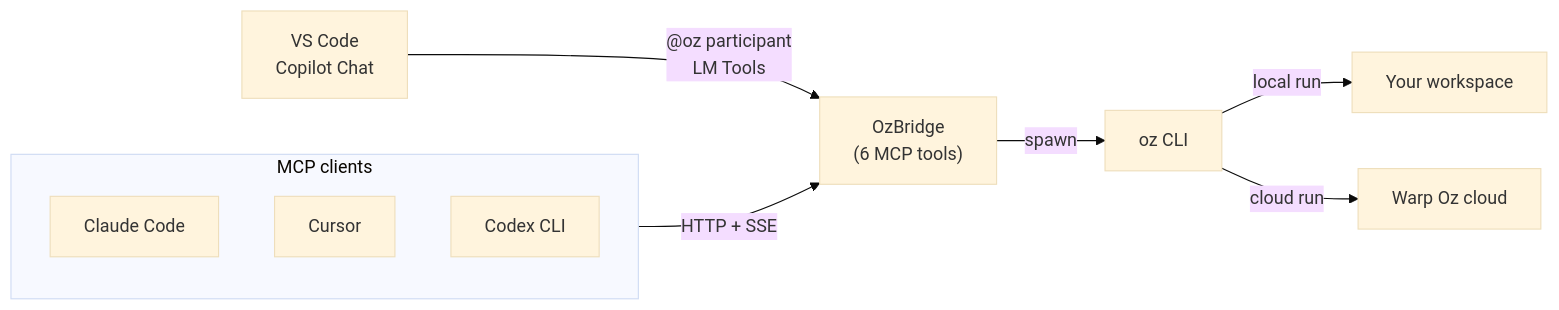
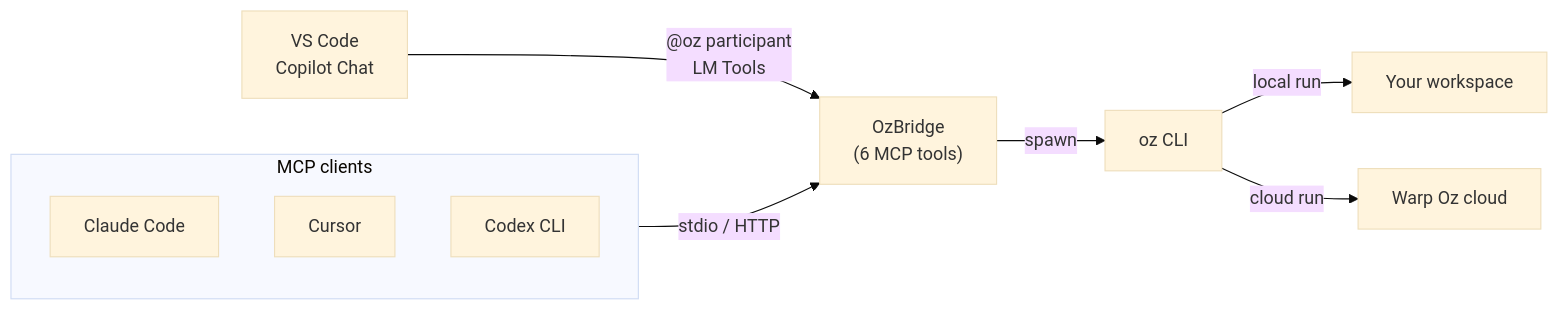
One commit to sena-labs/OzBridge changed the diagram in README.md. Above: the diagram before and after it, drawn with Mermaid (base theme). The commit also changed other lines of this file and 33 other files, not shown here.

````diff
--- a/README.md
+++ b/README.md
@@ -26,16 +26,16 @@
 ```mermaid
 flowchart LR
     subgraph clients["MCP clients"]
         CC["Claude Code"]
         CU["Cursor"]
         CX["Codex CLI"]
     end
     VSC["VS Code<br/>Copilot Chat"]
 
-    clients -->|"HTTP + SSE"| BR
+    clients -->|"stdio / HTTP"| BR
     VSC -->|"@oz participant<br/>LM Tools"| BR
 
     BR["OzBridge<br/>(6 MCP tools)"] -->|"spawn"| CLI["oz CLI"]
     CLI -->|"local run"| WS["Your workspace"]
     CLI -->|"cloud run"| CLOUD["Warp Oz cloud"]
 ```
````
